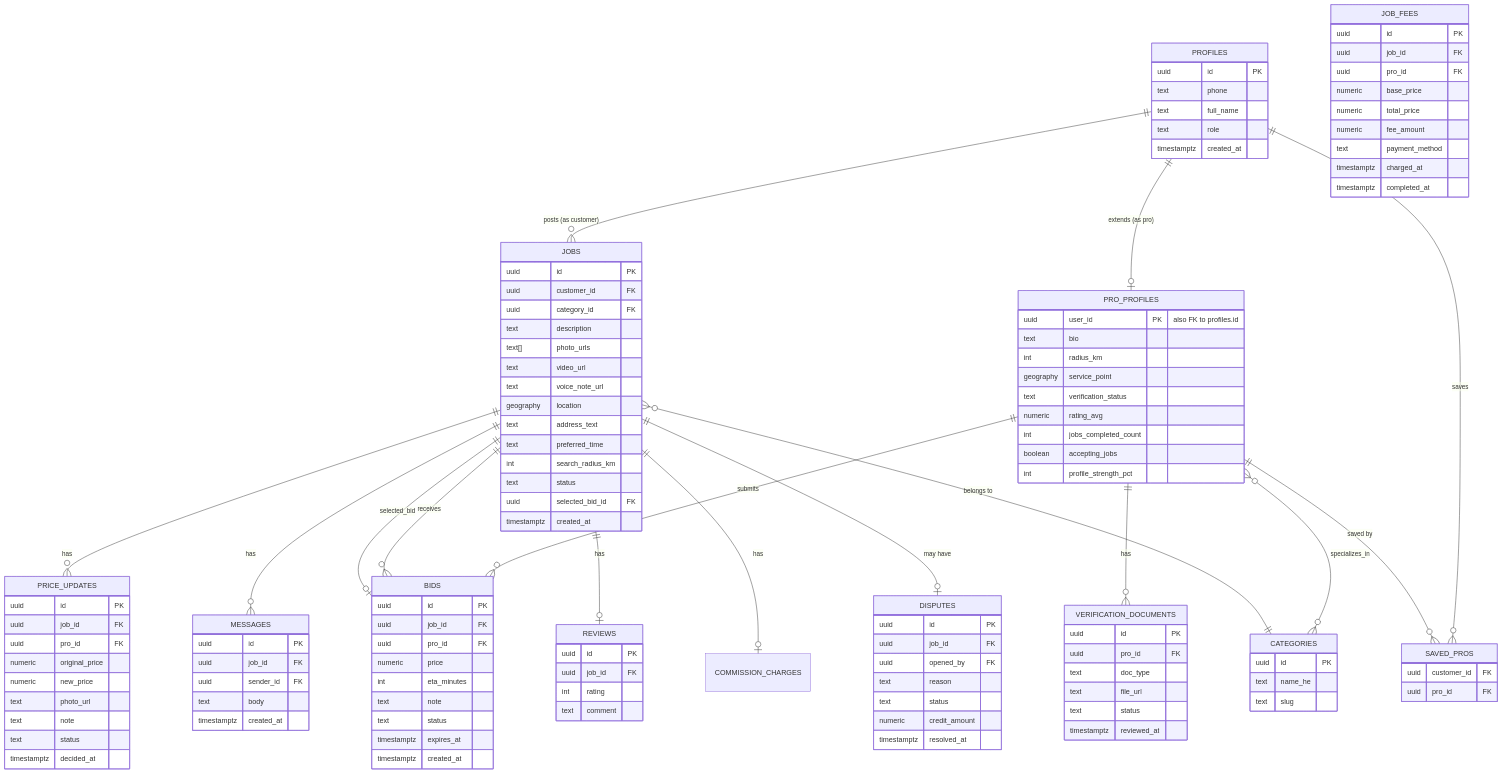
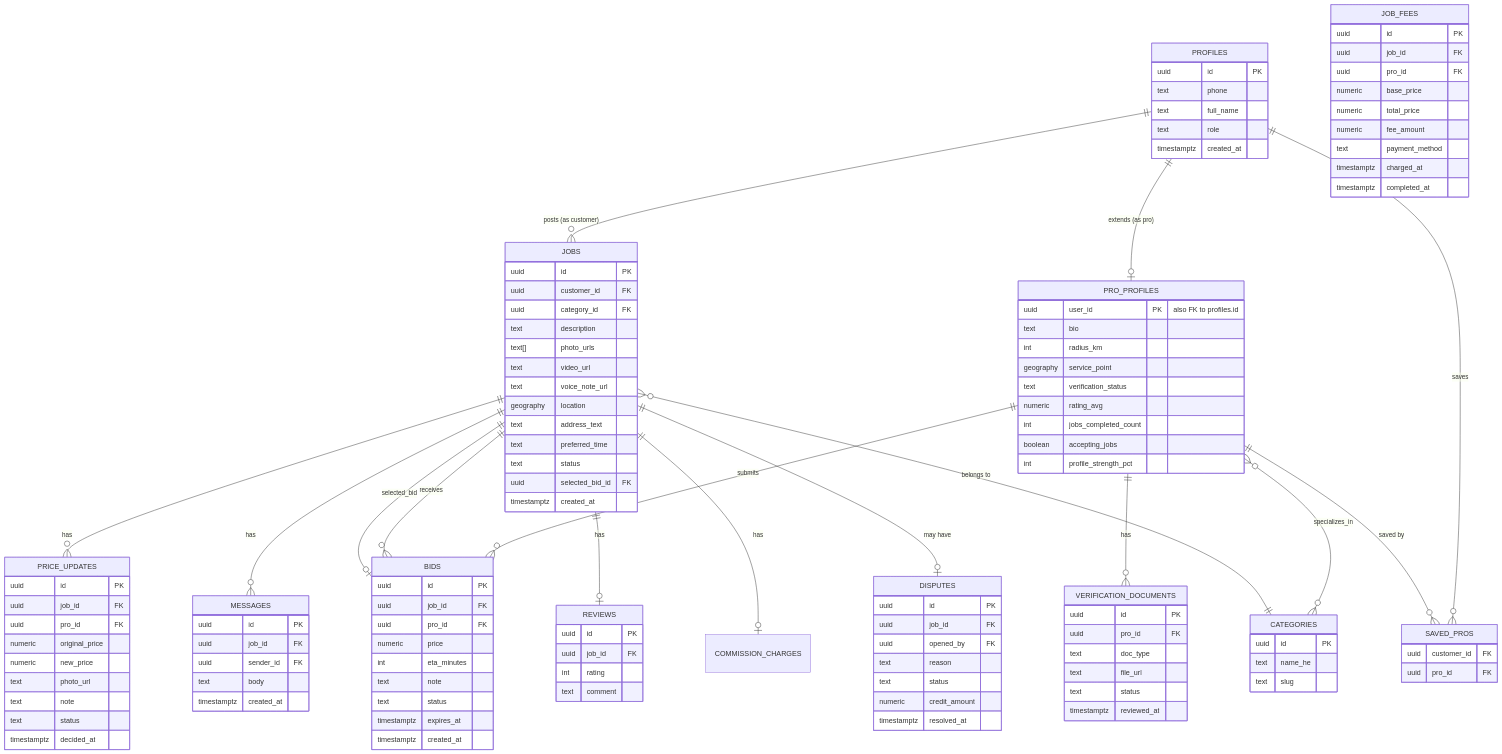
One commit to benbasan/handy-app changed the diagram in docs/architecture.md. Above: the diagram before and after it, drawn with Mermaid. The commit also changed other lines of this file and 19 other files, not shown here.

```diff
--- a/docs/architecture.md
+++ b/docs/architecture.md
@@ -134,7 +134,6 @@
         geography location
         text address_text
         text preferred_time
-        int search_radius_km
         text status
         uuid selected_bid_id FK
         timestamptz created_at
```
